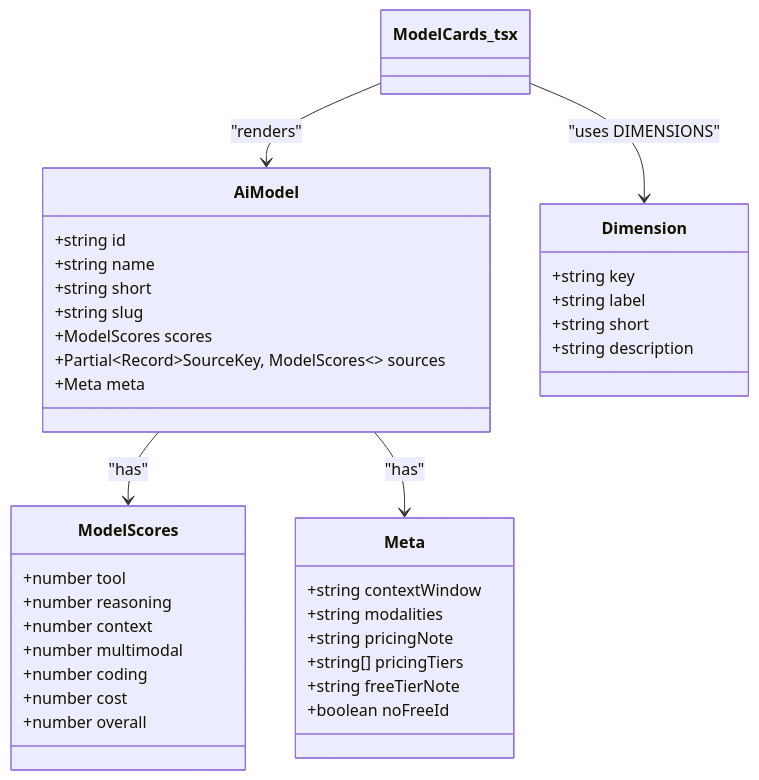
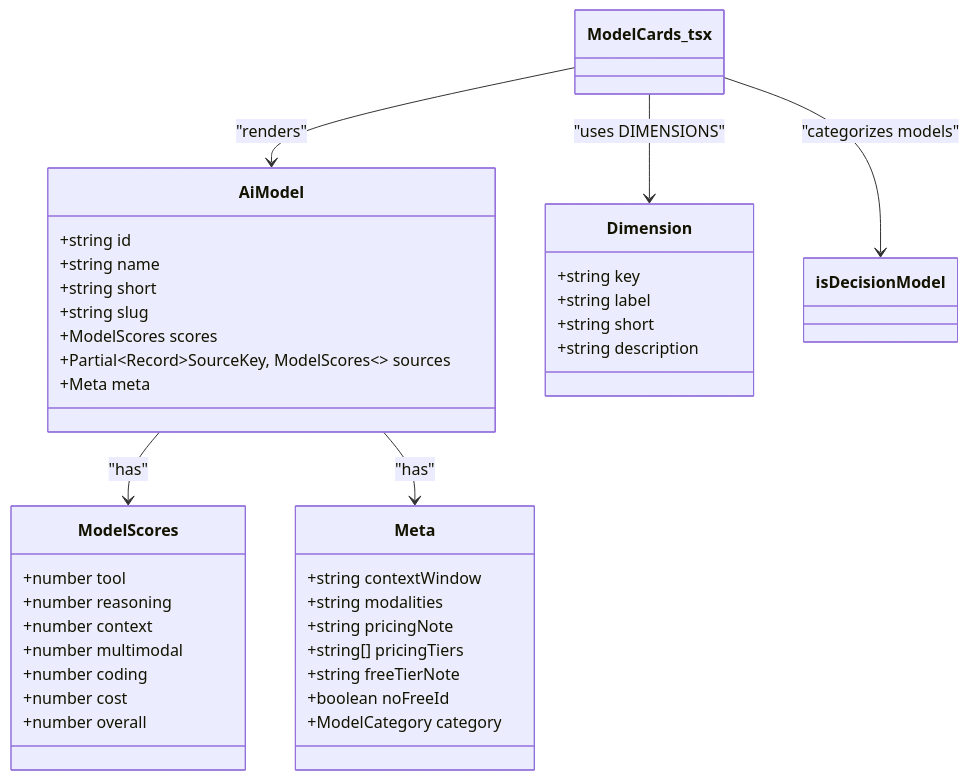
Before and after one commit to delirium-dj/modelcomp: the sixth of 8 diagrams in .qoder/repowiki/en/content/User Interface Components/ModelCards Display Component.md, drawn with Mermaid. The commit also changed other lines of this file and 22 other files, not shown here.

````diff
--- a/.qoder/repowiki/en/content/User Interface Components/ModelCards Display Component.md
+++ b/.qoder/repowiki/en/content/User Interface Components/ModelCards Display Component.md
@@ -295,39 +314,41 @@
 ```mermaid
 classDiagram
 class AiModel {
 +string id
 +string name
 +string short
 +string slug
 +ModelScores scores
 +Partial~Record~SourceKey, ModelScores~~ sources
 +Meta meta
 }
 class ModelScores {
 +number tool
 +number reasoning
 +number context
 +number multimodal
 +number coding
 +number cost
 +number overall
 }
 class Meta {
 +string contextWindow
 +string modalities
 +string pricingNote
 +string[] pricingTiers
 +string freeTierNote
 +boolean noFreeId
++ModelCategory category
 }
 class Dimension {
 +string key
 +string label
 +string short
 +string description
 }
 AiModel --> ModelScores : "has"
 AiModel --> Meta : "has"
 ModelCards_tsx --> AiModel : "renders"
 ModelCards_tsx --> Dimension : "uses DIMENSIONS"
+ModelCards_tsx --> isDecisionModel : "categorizes models"
 ```
````
